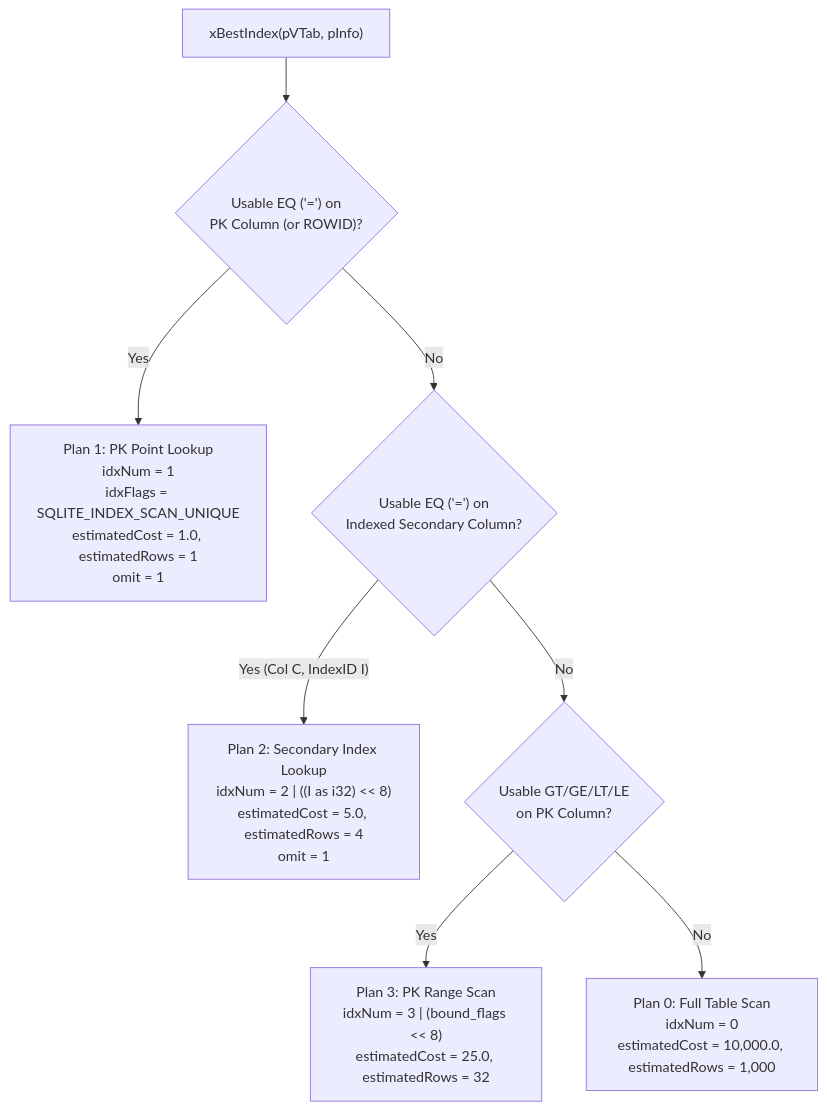
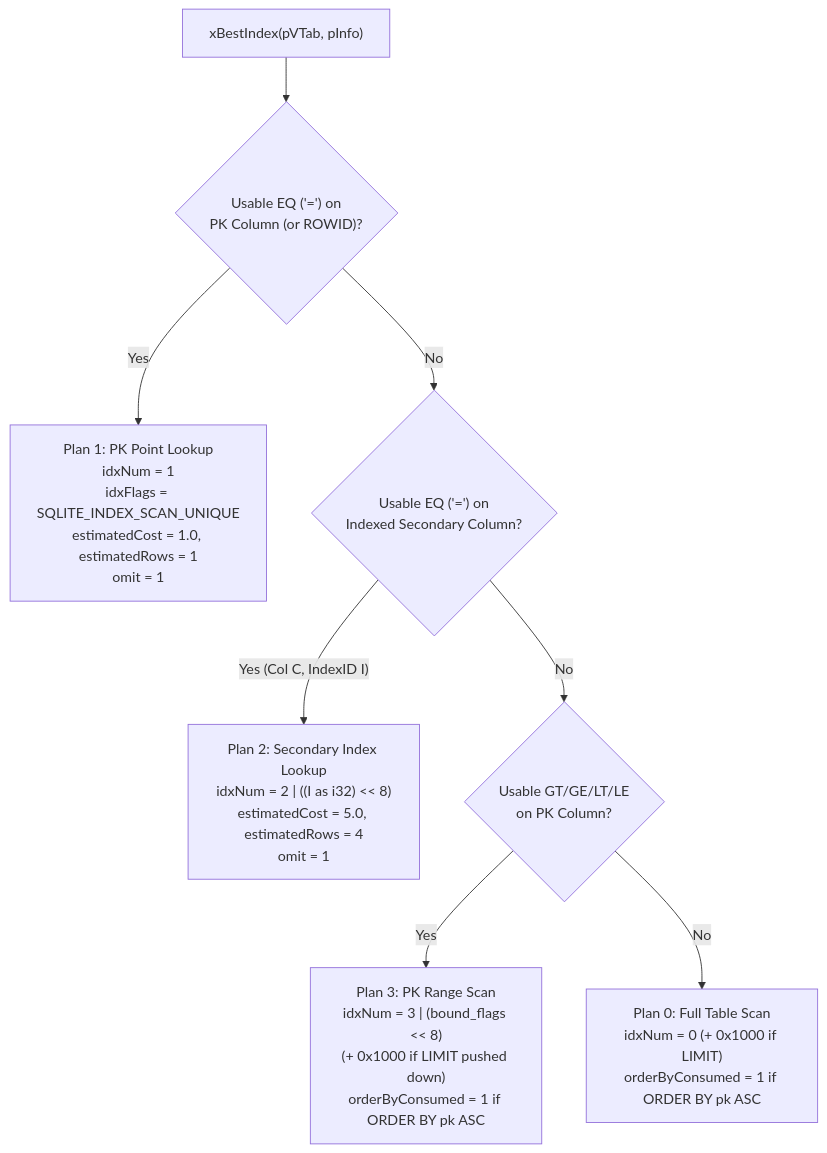
Before and after one commit to toyoshim-i/aydb: the diagram in docs/phase2/01_SQLITE_VTAB_ADAPTER.md, drawn with Mermaid. The commit also changed other lines of this file and 1 other file, not shown here.

First line of the commit message:
docs(phase2): align Virtual Table architecture docs with hot-path optimizations

````diff
--- a/docs/phase2/01_SQLITE_VTAB_ADAPTER.md
+++ b/docs/phase2/01_SQLITE_VTAB_ADAPTER.md
@@ -64,10 +68,10 @@
 ```mermaid
 flowchart TD
     Start["xBestIndex(pVTab, pInfo)"] --> CheckPK_EQ{"Usable EQ ('=') on<br/>PK Column (or ROWID)?"}
     CheckPK_EQ -->|"Yes"| PlanPoint["Plan 1: PK Point Lookup<br/>idxNum = 1<br/>idxFlags = SQLITE_INDEX_SCAN_UNIQUE<br/>estimatedCost = 1.0, estimatedRows = 1<br/>omit = 1"]
     CheckPK_EQ -->|"No"| CheckSec_EQ{"Usable EQ ('=') on<br/>Indexed Secondary Column?"}
     CheckSec_EQ -->|"Yes (Col C, IndexID I)"| PlanSec["Plan 2: Secondary Index Lookup<br/>idxNum = 2 | ((I as i32) << 8)<br/>estimatedCost = 5.0, estimatedRows = 4<br/>omit = 1"]
     CheckSec_EQ -->|"No"| CheckPK_Range{"Usable GT/GE/LT/LE<br/>on PK Column?"}
-    CheckPK_Range -->|"Yes"| PlanRange["Plan 3: PK Range Scan<br/>idxNum = 3 | (bound_flags << 8)<br/>estimatedCost = 25.0, estimatedRows = 32"]
-    CheckPK_Range -->|"No"| PlanFull["Plan 0: Full Table Scan<br/>idxNum = 0<br/>estimatedCost = 10,000.0, estimatedRows = 1,000"]
+    CheckPK_Range -->|"Yes"| PlanRange["Plan 3: PK Range Scan<br/>idxNum = 3 | (bound_flags << 8)<br/>(+ 0x1000 if LIMIT pushed down)<br/>orderByConsumed = 1 if ORDER BY pk ASC"]
+    CheckPK_Range -->|"No"| PlanFull["Plan 0: Full Table Scan<br/>idxNum = 0 (+ 0x1000 if LIMIT)<br/>orderByConsumed = 1 if ORDER BY pk ASC"]
 ```
````
